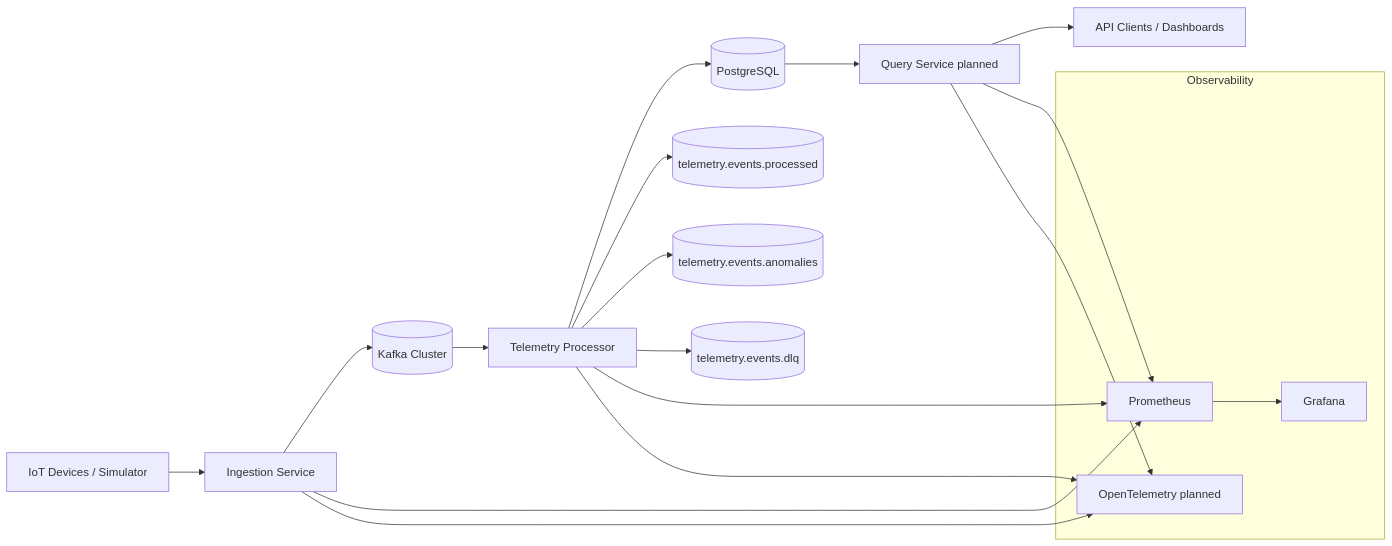
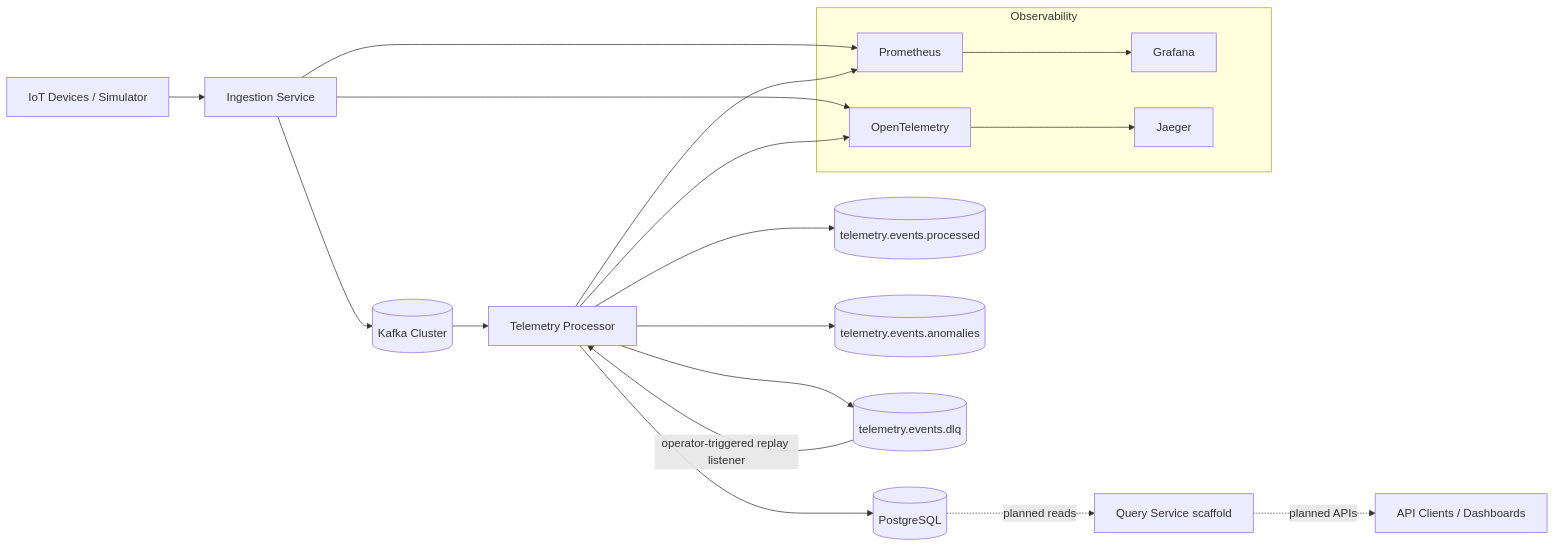
Before and after one commit to ME-Massine/pulsestream: the diagram in README.md, drawn with Mermaid. The commit also changed other lines of this file and 12 other files, not shown here.

First line of the commit message:
docs: synchronize roadmap, project state, and diagrams for Phase 7 (#261) (#302)

````diff
--- a/README.md
+++ b/README.md
@@ -23,30 +25,31 @@
 ```mermaid
 flowchart LR
     A[IoT Devices / Simulator] --> B[Ingestion Service]
     B --> C[(Kafka Cluster)]
 
     C --> D[Telemetry Processor]
     D --> E[(PostgreSQL)]
-    E --> F[Query Service planned]
-    F --> G[API Clients / Dashboards]
+    E -.->|planned reads| F[Query Service scaffold]
+    F -.->|planned APIs| G[API Clients / Dashboards]
 
     D --> H[(telemetry.events.processed)]
     D --> I[(telemetry.events.anomalies)]
     D --> J[(telemetry.events.dlq)]
+    J -->|operator-triggered replay listener| D
 
     subgraph Observability
         K[Prometheus]
         L[Grafana]
-        M[OpenTelemetry planned]
+        M[OpenTelemetry]
+        N[Jaeger]
     end
 
     B --> K
     D --> K
-    F --> K
 
     B --> M
     D --> M
-    F --> M
 
     K --> L
+    M --> N
 ```
````
